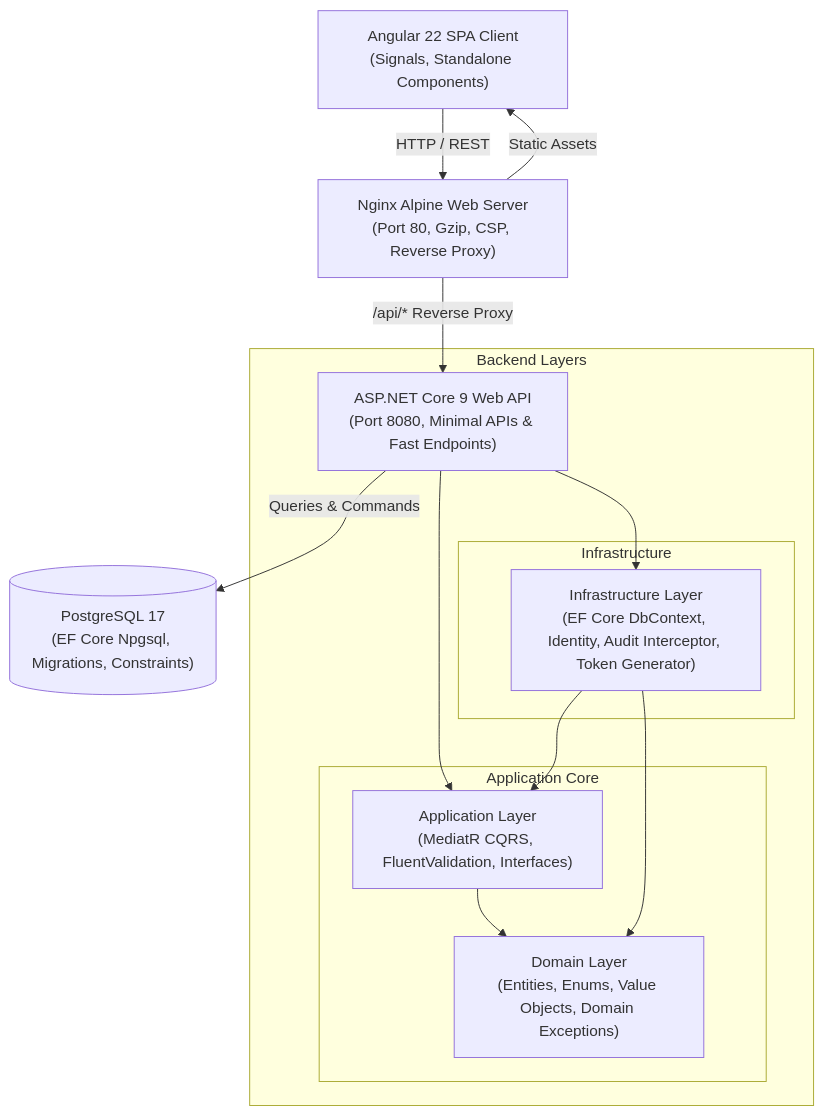
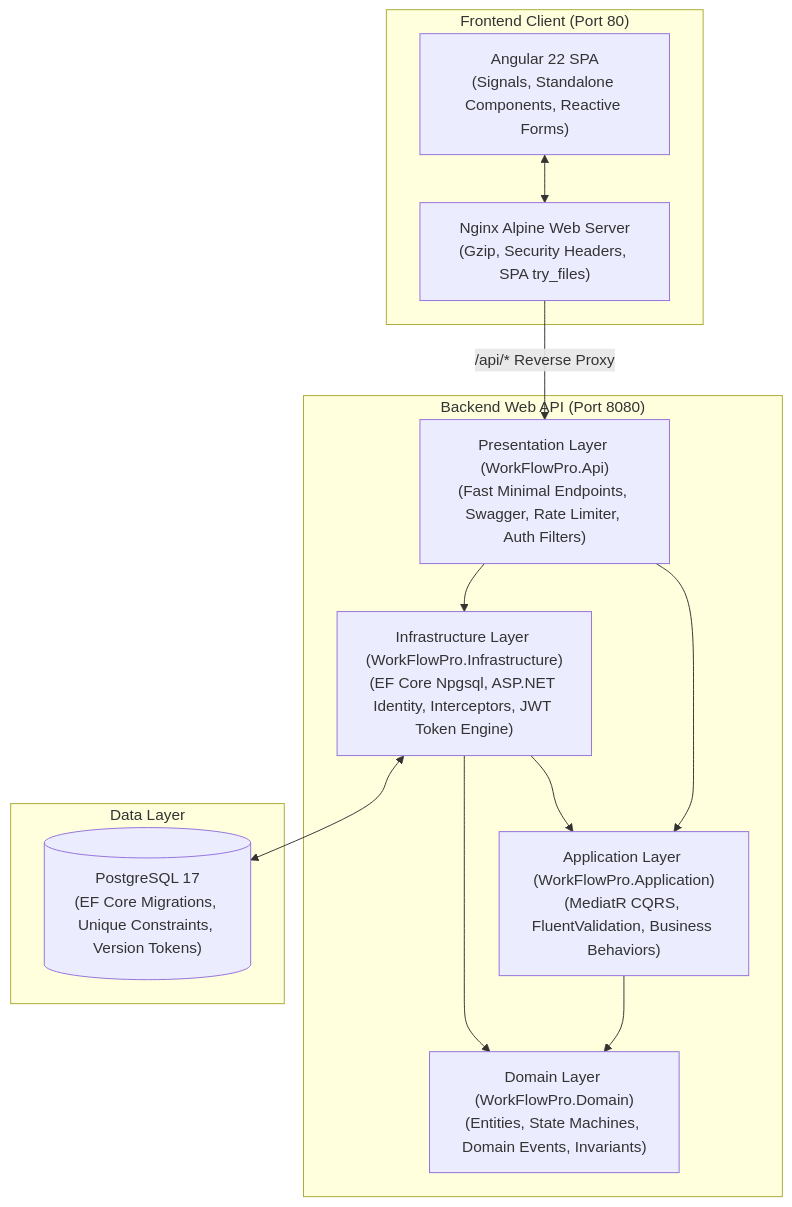
Before and after one commit to layanpro123456/WorkFlowPro: the diagram in README.md, drawn with Mermaid. The commit also changed other lines of this file and 2 other files, not shown here.

````diff
--- a/README.md
+++ b/README.md
@@ -21,28 +159,28 @@
 ```mermaid
 graph TD
-    Client["Angular 22 SPA Client\n(Signals, Standalone Components)"]
-    Nginx["Nginx Alpine Web Server\n(Port 80, Gzip, CSP, Reverse Proxy)"]
-    Api["ASP.NET Core 9 Web API\n(Port 8080, Minimal APIs & Fast Endpoints)"]
-    Postgres[("PostgreSQL 17\n(EF Core Npgsql, Migrations, Constraints)")]
+    subgraph Frontend["Frontend Client (Port 80)"]
+        UI["Angular 22 SPA\n(Signals, Standalone Components, Reactive Forms)"]
+        NginxProxy["Nginx Alpine Web Server\n(Gzip, Security Headers, SPA try_files)"]
+        UI <--> NginxProxy
+    end
 
-    Client -->|HTTP / REST| Nginx
-    Nginx -->|Static Assets| Client
-    Nginx -->|/api/* Reverse Proxy| Api
-    Api -->|Queries & Commands| Postgres
+    subgraph BackendAPI["Backend Web API (Port 8080)"]
+        ApiLayer["Presentation Layer (WorkFlowPro.Api)\n(Fast Minimal Endpoints, Swagger, Rate Limiter, Auth Filters)"]
+        AppLayer["Application Layer (WorkFlowPro.Application)\n(MediatR CQRS, FluentValidation, Business Behaviors)"]
+        DomainLayer["Domain Layer (WorkFlowPro.Domain)\n(Entities, State Machines, Domain Events, Invariants)"]
+        InfraLayer["Infrastructure Layer (WorkFlowPro.Infrastructure)\n(EF Core Npgsql, ASP.NET Identity, Interceptors, JWT Token Engine)"]
 
-    subgraph Backend Layers
-        Api
-        subgraph Application Core
-            AppLayer["Application Layer\n(MediatR CQRS, FluentValidation, Interfaces)"]
-            DomainLayer["Domain Layer\n(Entities, Enums, Value Objects, Domain Exceptions)"]
-            AppLayer --> DomainLayer
-        end
-        subgraph Infrastructure
-            InfraLayer["Infrastructure Layer\n(EF Core DbContext, Identity, Audit Interceptor, Token Generator)"]
-            InfraLayer --> AppLayer
-            InfraLayer --> DomainLayer
-        end
-        Api --> AppLayer
-        Api --> InfraLayer
+        ApiLayer --> AppLayer
+        AppLayer --> DomainLayer
+        InfraLayer --> AppLayer
+        InfraLayer --> DomainLayer
+        ApiLayer --> InfraLayer
     end
+
+    subgraph DataStorage["Data Layer"]
+        PostgresDB[("PostgreSQL 17\n(EF Core Migrations, Unique Constraints, Version Tokens)")]
+        InfraLayer <--> PostgresDB
+    end
+
+    NginxProxy -->|/api/* Reverse Proxy| ApiLayer
 ```
````
